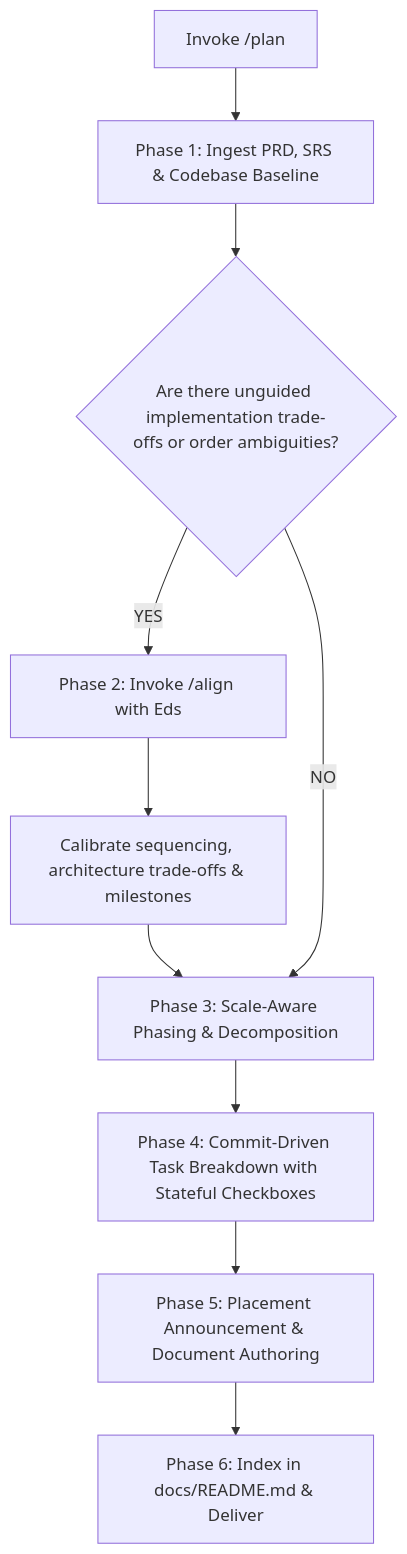
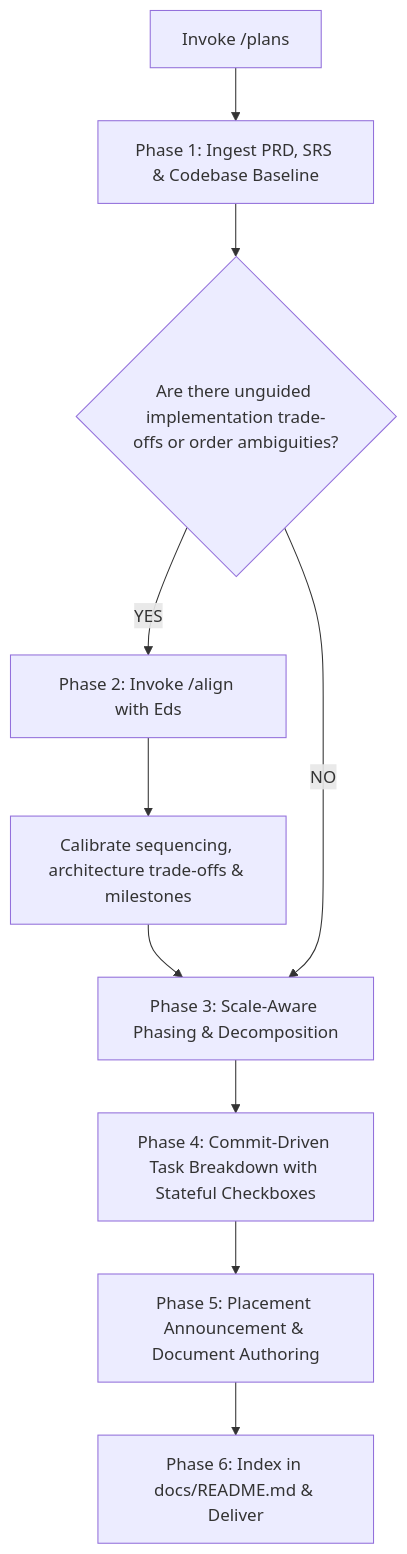
Before and after one commit to dimsedra/skills: the diagram in plans/SKILL.md, drawn with Mermaid. The commit also changed other lines of this file and 6 other files, not shown here.

Commit message:
refactor(plans): rename plan skill to plans to prevent collision with built-in commands

````diff
--- a/plans/SKILL.md
+++ b/plans/SKILL.md
@@ -18,12 +18,12 @@
 ```mermaid
 flowchart TD
-    A[Invoke /plan] --> B[Phase 1: Ingest PRD, SRS & Codebase Baseline]
+    A[Invoke /plans] --> B[Phase 1: Ingest PRD, SRS & Codebase Baseline]
     B --> C{Are there unguided implementation trade-offs or order ambiguities?}
     C -- YES --> D[Phase 2: Invoke /align with Eds]
     D --> E[Calibrate sequencing, architecture trade-offs & milestones]
     E --> F[Phase 3: Scale-Aware Phasing & Decomposition]
     C -- NO --> F
     F --> G[Phase 4: Commit-Driven Task Breakdown with Stateful Checkboxes]
     G --> H[Phase 5: Placement Announcement & Document Authoring]
     H --> I[Phase 6: Index in docs/README.md & Deliver]
 ```
````
